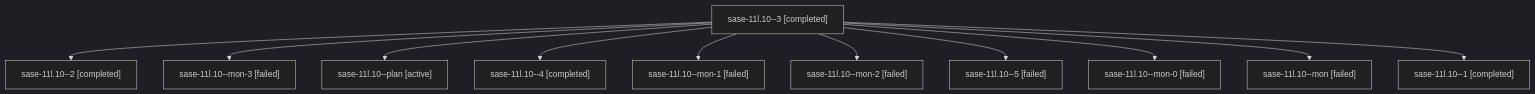
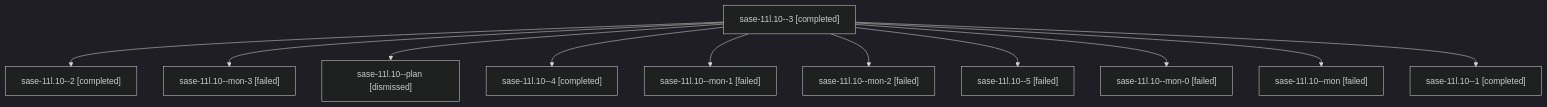
One commit to sase-org/sase--agents changed the diagram in sessions/bbugyi200.athena.sase-11l.10.md. Above: the diagram before and after it, drawn with Mermaid (dark theme). The commit also changed other lines of this file and 204 other files, not shown here.

````diff
--- a/sessions/bbugyi200.athena.sase-11l.10.md
+++ b/sessions/bbugyi200.athena.sase-11l.10.md
@@ -9,24 +9,24 @@
 ```mermaid
 flowchart TD
   n0["sase-11l.10--3 [completed]"]
   n1["sase-11l.10--2 [completed]"]
   n0 --> n1
   n2["sase-11l.10--mon-3 [failed]"]
   n0 --> n2
-  n3["sase-11l.10--plan [active]"]
+  n3["sase-11l.10--plan [dismissed]"]
   n0 --> n3
   n4["sase-11l.10--4 [completed]"]
   n0 --> n4
   n5["sase-11l.10--mon-1 [failed]"]
   n0 --> n5
   n6["sase-11l.10--mon-2 [failed]"]
   n0 --> n6
   n7["sase-11l.10--5 [failed]"]
   n0 --> n7
   n8["sase-11l.10--mon-0 [failed]"]
   n0 --> n8
   n9["sase-11l.10--mon [failed]"]
   n0 --> n9
   n10["sase-11l.10--1 [completed]"]
   n0 --> n10
 ```
````
